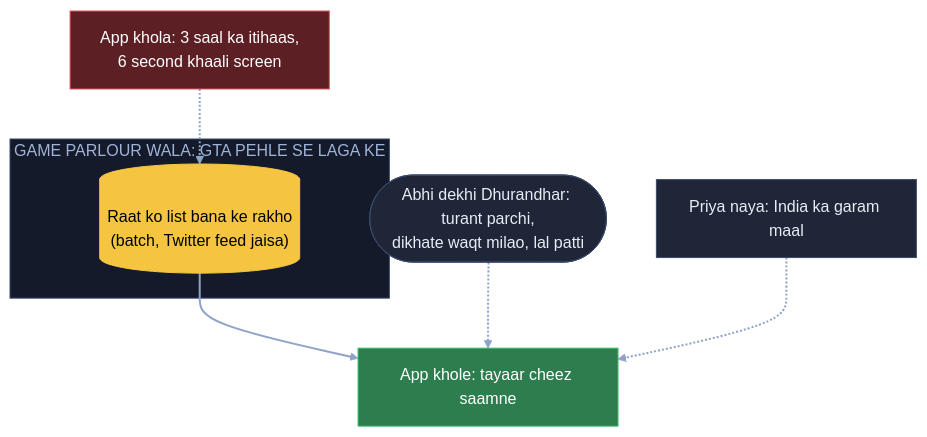
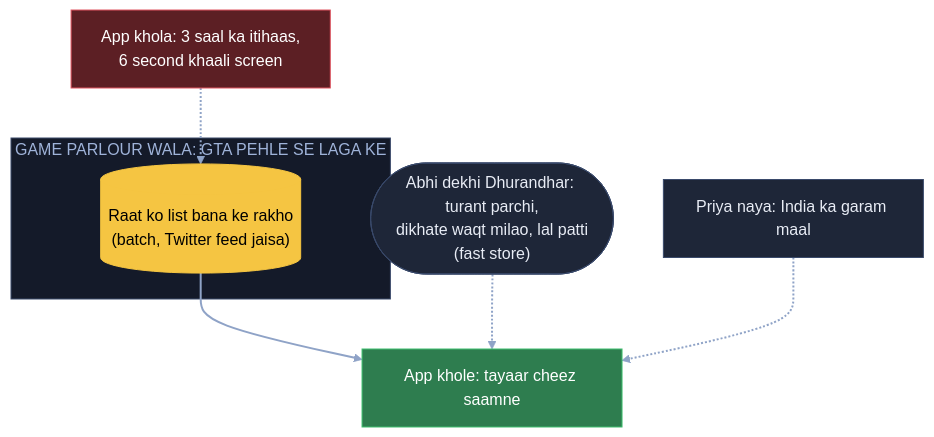
The sixth of 9 diagrams in 04_HLD/SYSTEM_DESIGNS/18_netflix/18_netflix.md (ArpanMaheshwari144/Prep), drawn with Mermaid before and after one commit. The commit also changed other lines of this file and 22 other files, not shown here.

Commit message:
Diagram: sirf kahani ke dohraaye shabd pe bracket, us jagah notes wala matlab (207 label)

````diff
--- a/04_HLD/SYSTEM_DESIGNS/18_netflix/18_netflix.md
+++ b/04_HLD/SYSTEM_DESIGNS/18_netflix/18_netflix.md
@@ -245,20 +245,20 @@
 ```mermaid
 flowchart TB
     X["App khola: 3 saal ka itihaas,<br/>6 second khaali screen"]:::bad
     subgraph GP["GAME PARLOUR WALA: GTA PEHLE SE LAGA KE"]
         L[("Raat ko list bana ke rakho<br/>(batch, Twitter feed jaisa)")]:::pill
     end
-    N(["Abhi dekhi Dhurandhar: turant parchi,<br/>dikhate waqt milao, lal patti"]):::card
+    N(["Abhi dekhi Dhurandhar: turant parchi,<br/>dikhate waqt milao, lal patti<br/>(fast store)"]):::card
     Pr["Priya naya: India ka garam maal"]:::card
     R["App khole: tayaar cheez saamne"]:::good
     X -.-> L
     L --> R
     N -.-> R
     Pr -.-> R
     linkStyle default stroke:#8fa3c7,stroke-width:2px
     classDef card fill:#1e2638,stroke:#3a4a6b,color:#e8ecf5
     classDef pill fill:#f5c542,stroke:#f5c542,color:#000
     classDef good fill:#2e7d4f,stroke:#3fbf6f,color:#fff
     classDef bad fill:#5c1f24,stroke:#e05561,color:#fff
     style GP fill:#141a29,stroke:#3a4a6b,color:#9fb3d9
 ```
````
